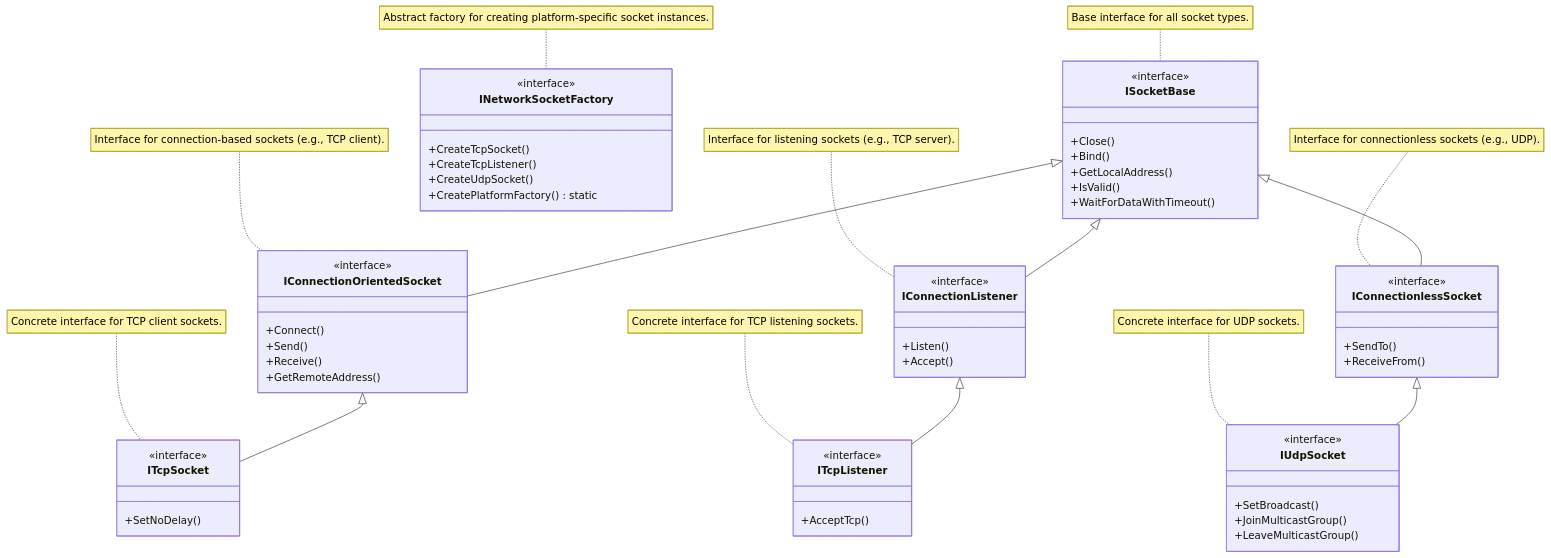
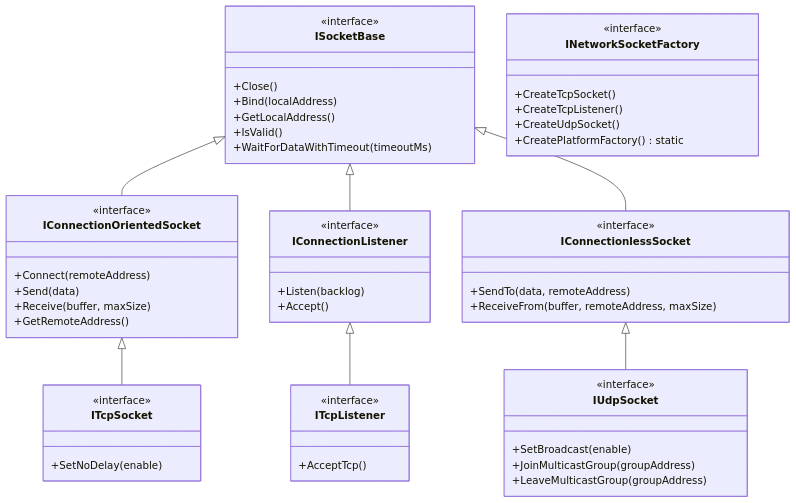
Before and after one commit to peczakax/tcp_udp_connection: the diagram in README.md, drawn with Mermaid.

Commit message:
Enhance interface documentation in README.md with detailed method descriptions for socket classes

````diff
--- a/README.md
+++ b/README.md
@@ -389,72 +389,64 @@
 ```mermaid
 classDiagram
     class ISocketBase {
         <<interface>>
         +Close()
-        +Bind()
+        +Bind(localAddress)
         +GetLocalAddress()
         +IsValid()
-        +WaitForDataWithTimeout()
+        +WaitForDataWithTimeout(timeoutMs)
     }
-    note for ISocketBase "Base interface for all socket types."
 
     class IConnectionOrientedSocket {
         <<interface>>
-        +Connect()
-        +Send()
-        +Receive()
+        +Connect(remoteAddress)
+        +Send(data)
+        +Receive(buffer, maxSize)
         +GetRemoteAddress()
     }
-    note for IConnectionOrientedSocket "Interface for connection-based sockets (e.g., TCP client)."
 
     class IConnectionListener {
         <<interface>>
-        +Listen()
+        +Listen(backlog)
         +Accept()
     }
-    note for IConnectionListener "Interface for listening sockets (e.g., TCP server)."
 
     class IConnectionlessSocket {
         <<interface>>
-        +SendTo()
-        +ReceiveFrom()
+        +SendTo(data, remoteAddress)
+        +ReceiveFrom(buffer, remoteAddress, maxSize)
     }
-    note for IConnectionlessSocket "Interface for connectionless sockets (e.g., UDP)."
 
     class ITcpSocket {
         <<interface>>
-        +SetNoDelay()
+        +SetNoDelay(enable)
     }
-    note for ITcpSocket "Concrete interface for TCP client sockets."
 
     class ITcpListener {
         <<interface>>
         +AcceptTcp()
     }
-    note for ITcpListener "Concrete interface for TCP listening sockets."
 
     class IUdpSocket {
         <<interface>>
-        +SetBroadcast()
-        +JoinMulticastGroup()
-        +LeaveMulticastGroup()
+        +SetBroadcast(enable)
+        +JoinMulticastGroup(groupAddress)
+        +LeaveMulticastGroup(groupAddress)
     }
-    note for IUdpSocket "Concrete interface for UDP sockets."
 
     class INetworkSocketFactory {
         <<interface>>
         +CreateTcpSocket()
         +CreateTcpListener()
         +CreateUdpSocket()
         +CreatePlatformFactory() static
     }
-    note for INetworkSocketFactory "Abstract factory for creating platform-specific socket instances."
 
     ISocketBase <|-- IConnectionOrientedSocket
     ISocketBase <|-- IConnectionListener
     ISocketBase <|-- IConnectionlessSocket
 
     IConnectionOrientedSocket <|-- ITcpSocket
     IConnectionListener <|-- ITcpListener
     IConnectionlessSocket <|-- IUdpSocket
 ```
````
